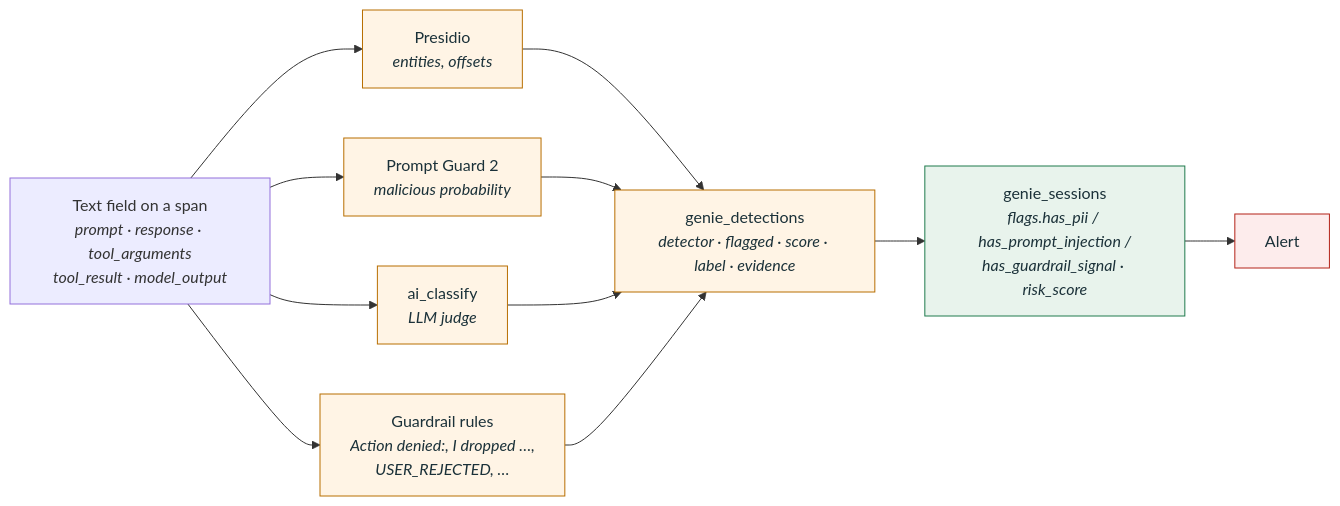
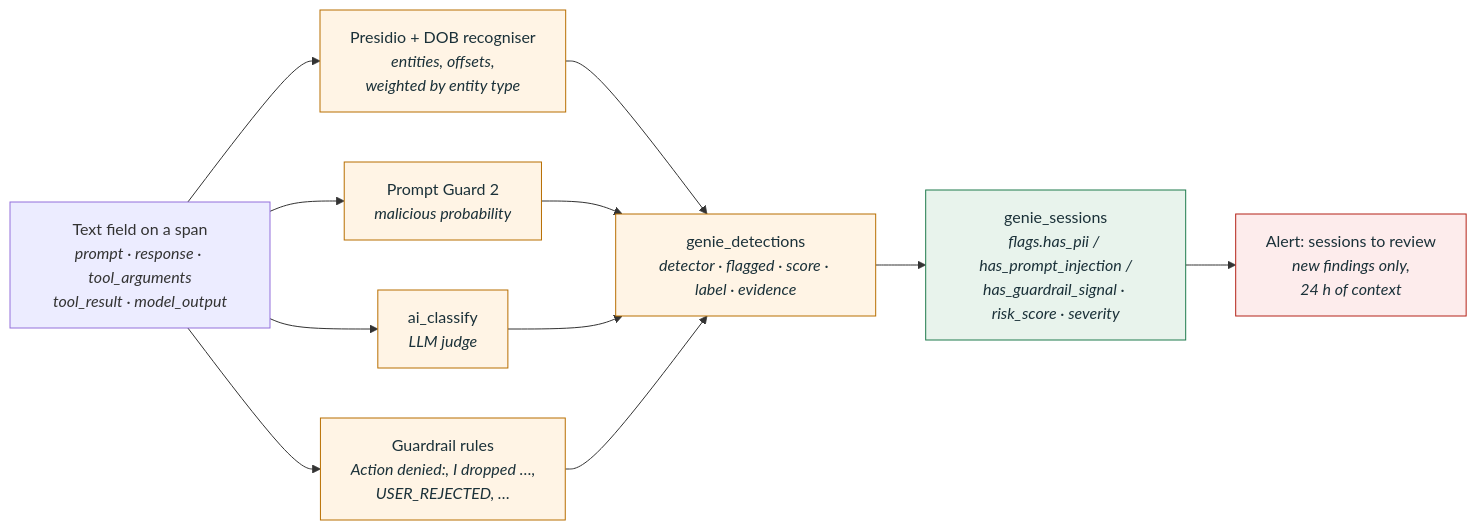
One commit to andyweaves/genie-trace-monitoring changed the second of 2 diagrams in README.md. Above: the diagram before and after it, drawn with Mermaid. The commit also changed other lines of this file and 8 other files, not shown here.

First line of the commit message:
Single "sessions to review" alert, PII severity weights, DOB detection

````diff
--- a/README.md
+++ b/README.md
@@ -81,20 +84,20 @@
 ```mermaid
 flowchart LR
     text["Text field on a span<br/><i>prompt · response · tool_arguments<br/>tool_result · model_output</i>"]
-    p["Presidio<br/><i>entities, offsets</i>"]
+    p["Presidio + DOB recogniser<br/><i>entities, offsets,<br/>weighted by entity type</i>"]
     g["Prompt Guard 2<br/><i>malicious probability</i>"]
     c["ai_classify<br/><i>LLM judge</i>"]
     r["Guardrail rules<br/><i>Action denied:, I dropped …,<br/>USER_REJECTED, …</i>"]
     d["genie_detections<br/><i>detector · flagged · score · label · evidence</i>"]
-    s["genie_sessions<br/><i>flags.has_pii / has_prompt_injection /<br/>has_guardrail_signal · risk_score</i>"]
-    a["Alert"]
+    s["genie_sessions<br/><i>flags.has_pii / has_prompt_injection /<br/>has_guardrail_signal · risk_score · severity</i>"]
+    a["Alert: sessions to review<br/><i>new findings only,<br/>24 h of context</i>"]
 
     text --> p & g & c & r --> d --> s --> a
 
     classDef det fill:#fff4e5,stroke:#b86e00,color:#1b3139
     classDef gold fill:#e8f3ec,stroke:#1f7a4d,color:#1b3139
     classDef alert fill:#fdecec,stroke:#b42318,color:#1b3139
     class p,g,c,r,d det
     class s gold
     class a alert
 ```
````
